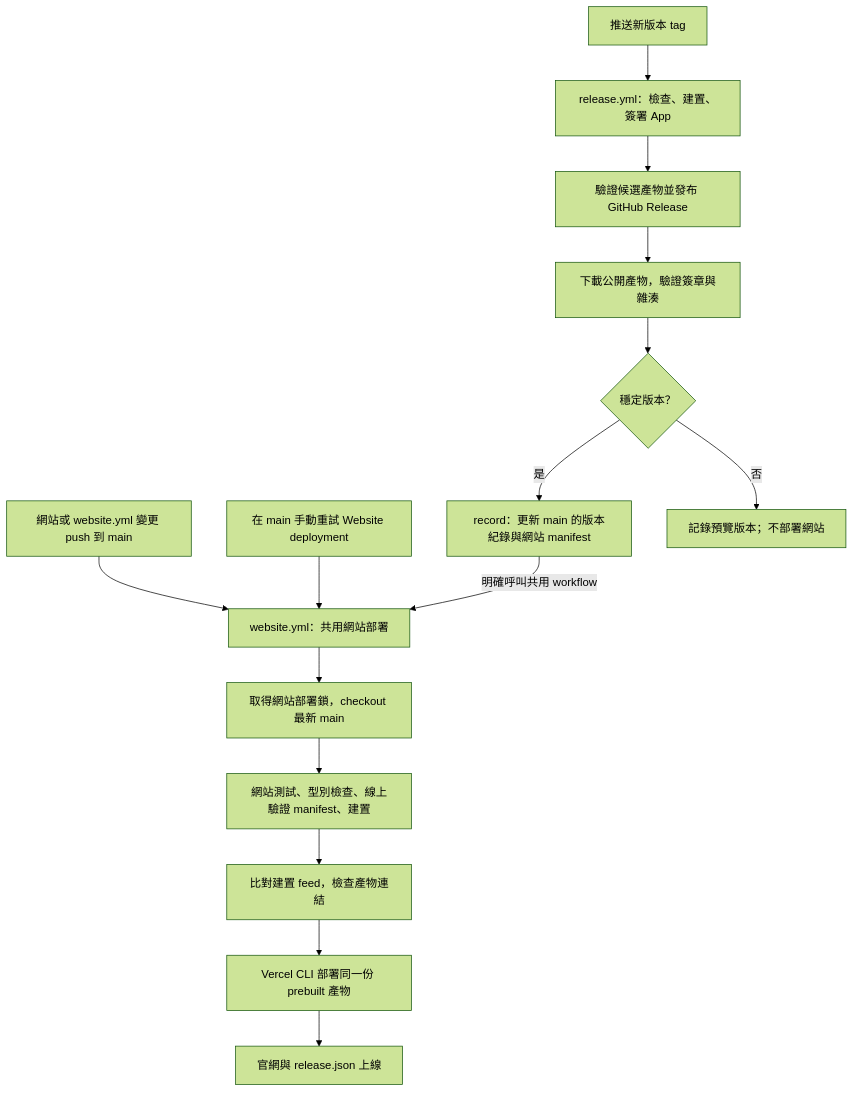
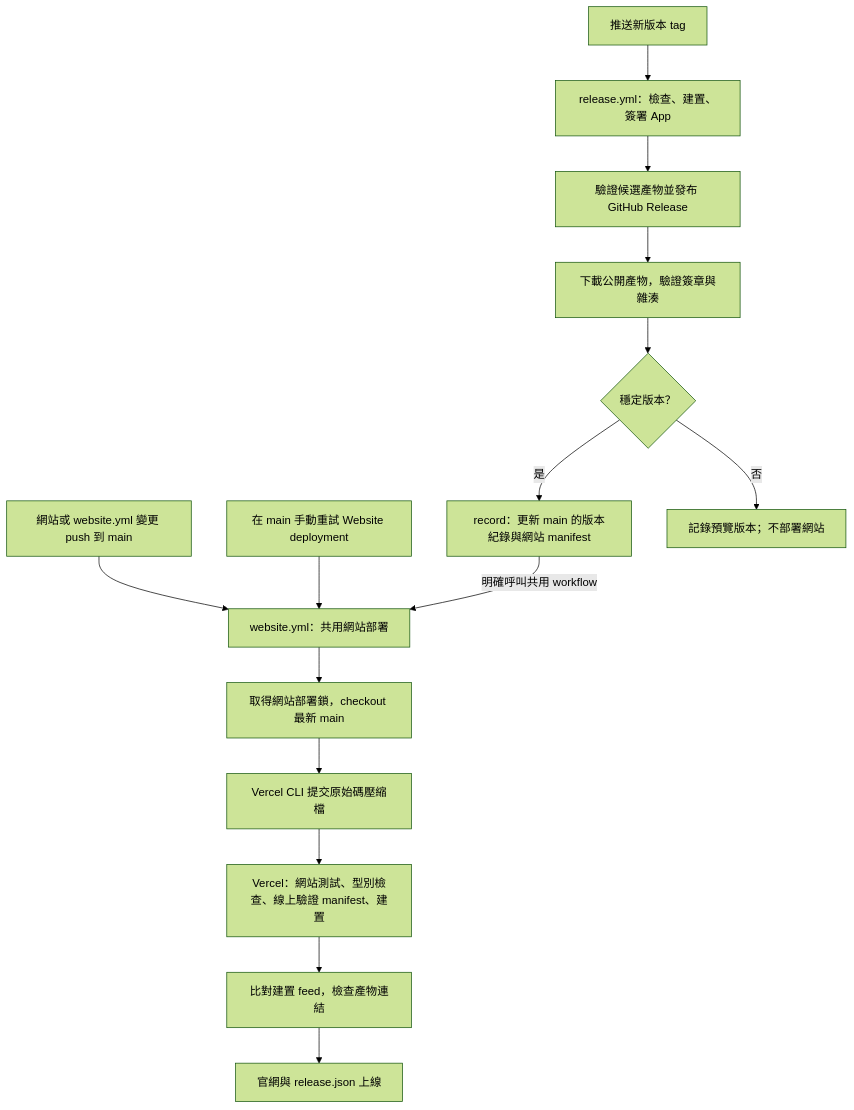
One commit to EricTsai83/recordstuff changed the first of 3 diagrams in docs/zh-TW/system-design/delivery.md. Above: the diagram before and after it, drawn with Mermaid (forest theme). The commit also changed other lines of this file and 9 other files, not shown here.

````diff
--- a/docs/zh-TW/system-design/delivery.md
+++ b/docs/zh-TW/system-design/delivery.md
@@ -11,17 +11,17 @@
 ```mermaid
 flowchart TD
     W["網站或 website.yml 變更 push 到 main"] --> D["website.yml：共用網站部署"]
     M["在 main 手動重試 Website deployment"] --> D
     T["推送新版本 tag"] --> A["release.yml：檢查、建置、簽署 App"]
     A --> P["驗證候選產物並發布 GitHub Release"]
     P --> V["下載公開產物，驗證簽章與雜湊"]
     V --> S{"穩定版本？"}
     S -->|是| R["record：更新 main 的版本紀錄與網站 manifest"]
     R -->|明確呼叫共用 workflow| D
     S -->|否| Q["記錄預覽版本；不部署網站"]
     D --> L["取得網站部署鎖，checkout 最新 main"]
-    L --> C["網站測試、型別檢查、線上驗證 manifest、建置"]
+    L --> H["Vercel CLI 提交原始碼壓縮檔"]
+    H --> C["Vercel：網站測試、型別檢查、線上驗證 manifest、建置"]
     C --> F["比對建置 feed，檢查產物連結"]
-    F --> H["Vercel CLI 部署同一份 prebuilt 產物"]
-    H --> O["官網與 release.json 上線"]
+    F --> O["官網與 release.json 上線"]
 ```
````
